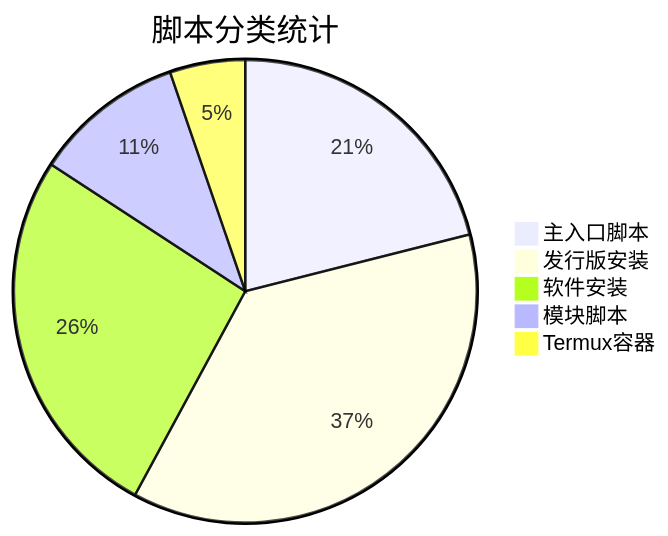
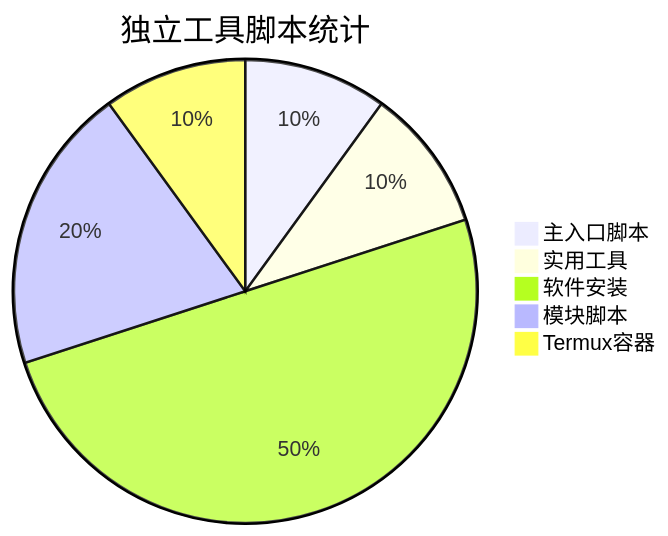
The second of 2 diagrams in README.md (sunflowermm/xrk-projects-scripts), drawn with Mermaid before and after one commit. The commit also changed other lines of this file, not shown here.

````diff
--- a/README.md
+++ b/README.md
@@ -278,8 +248,8 @@
 ```mermaid
-pie title 脚本分类统计
-    "主入口脚本" : 4
-    "发行版安装" : 7
+pie title 独立工具脚本统计
+    "主入口脚本" : 1
+    "实用工具" : 1
     "软件安装" : 5
     "模块脚本" : 2
     "Termux容器" : 1
 ```
````
